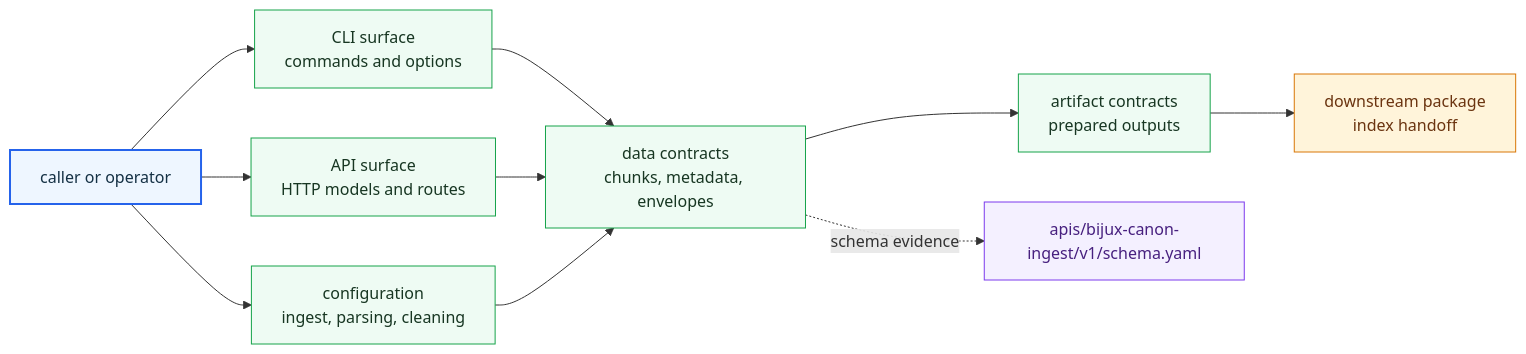
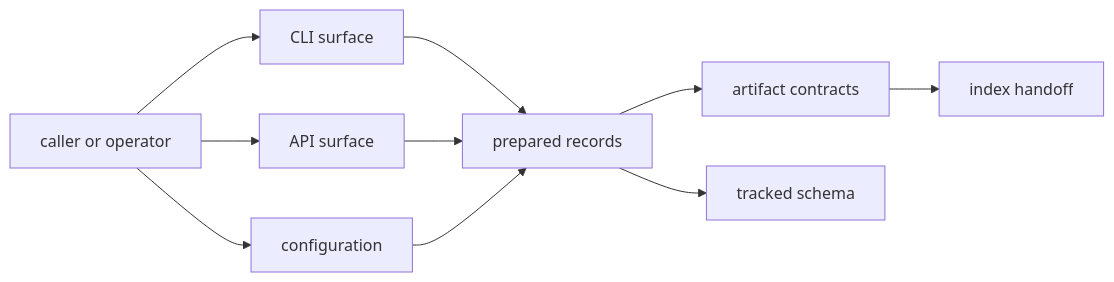
Before and after one commit to bijux/bijux-canon: the diagram in docs/02-bijux-canon-ingest/interfaces/index.md, drawn with Mermaid. The commit also changed other lines of this file, not shown here.

Commit message:
docs(ingest): simplify contract surface map

````diff
--- a/docs/02-bijux-canon-ingest/interfaces/index.md
+++ b/docs/02-bijux-canon-ingest/interfaces/index.md
@@ -21,25 +21,17 @@
 ```mermaid
 flowchart LR
     caller["caller or operator"]
-    cli["CLI surface<br/>commands and options"]
-    api["API surface<br/>HTTP models and routes"]
-    config["configuration<br/>ingest, parsing, cleaning"]
-    data["data contracts<br/>chunks, metadata, envelopes"]
-    artifacts["artifact contracts<br/>prepared outputs"]
-    downstream["downstream package<br/>index handoff"]
+    cli["CLI surface"]
+    api["API surface"]
+    config["configuration"]
+    data["prepared records"]
+    artifacts["artifact contracts"]
+    schema["tracked schema"]
+    downstream["index handoff"]
 
     caller --> cli --> data
     caller --> api --> data
     caller --> config --> data
     data --> artifacts --> downstream
-    data -. schema evidence .-> schema["apis/bijux-canon-ingest/v1/schema.yaml"]
-
-    classDef page fill:#eef6ff,stroke:#2563eb,color:#153145,stroke-width:2px;
-    classDef positive fill:#eefbf3,stroke:#16a34a,color:#173622;
-    classDef anchor fill:#f4f0ff,stroke:#7c3aed,color:#47207f;
-    classDef action fill:#fff4da,stroke:#d97706,color:#6b3410;
-    class caller page;
-    class cli,api,config,data,artifacts positive;
-    class schema anchor;
-    class downstream action;
+    data --> schema
 ```
````
